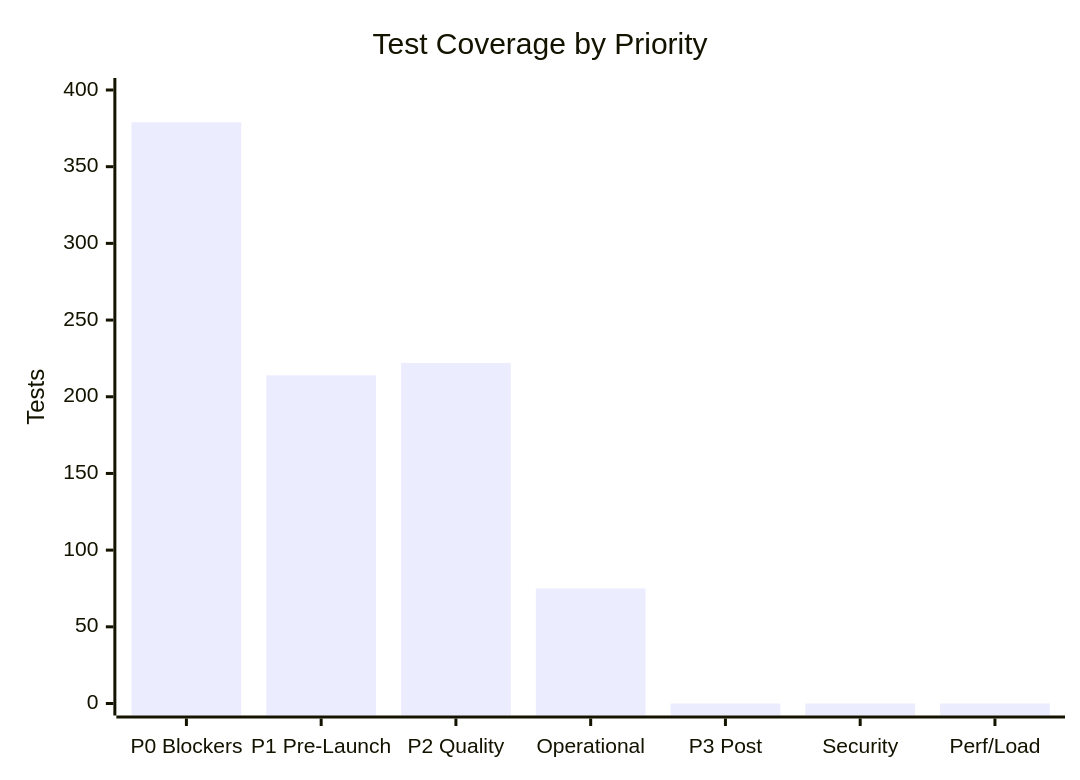
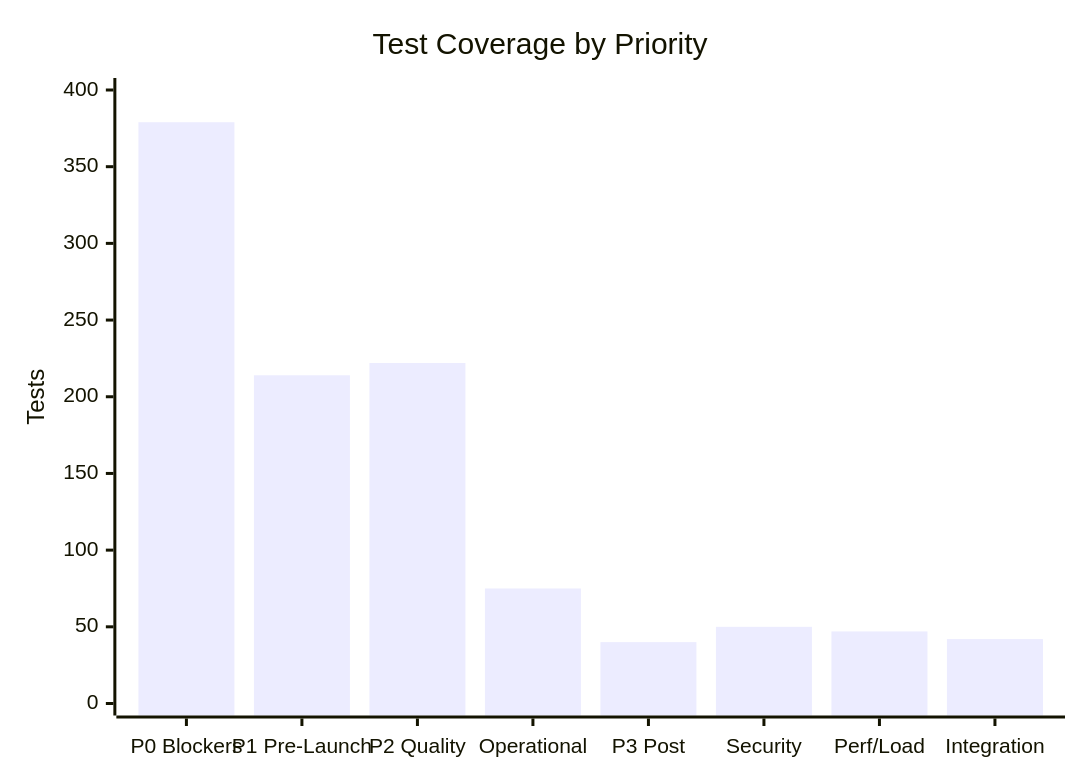
The fourth of 5 diagrams in docs/PROJECT-PLAN.md (Remaker-Digital/groundtruth-kb), drawn with Mermaid before and after one commit. The commit also changed other lines of this file and 15 other files, not shown here.

````diff
--- a/docs/PROJECT-PLAN.md
+++ b/docs/PROJECT-PLAN.md
@@ -277,7 +291,7 @@
 ```mermaid
 xychart-beta
     title "Test Coverage by Priority"
-    x-axis ["P0 Blockers", "P1 Pre-Launch", "P2 Quality", "Operational", "P3 Post", "Security", "Perf/Load"]
+    x-axis ["P0 Blockers", "P1 Pre-Launch", "P2 Quality", "Operational", "P3 Post", "Security", "Perf/Load", "Integration"]
     y-axis "Tests" 0 --> 400
-    bar [379, 214, 222, 75, 0, 0, 0]
+    bar [379, 214, 222, 75, 40, 50, 47, 42]
 ```
````
